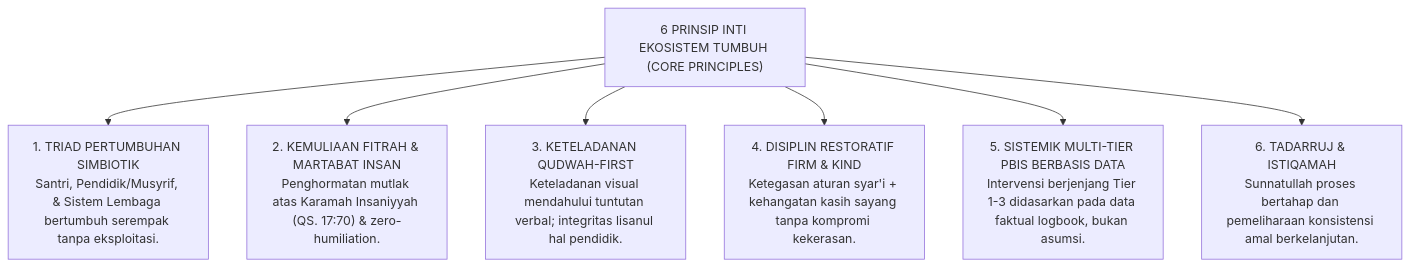
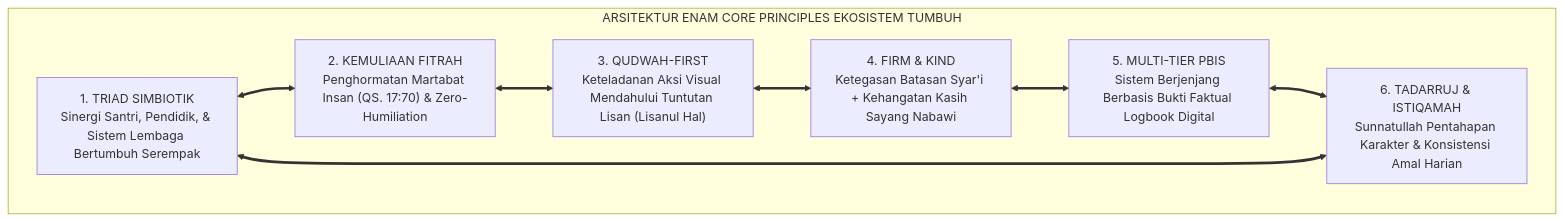
The first of 10 diagrams in 02 Principles/01 Core Principles/P2-01-07-Sintesis-Core-Principles-TUMBUH.md (wandiapriliyandi/tumbuh), drawn with Mermaid before and after one commit. The commit also changed other lines of this file and 9 other files, not shown here.

Commit message:
feat(principles): standarisasi 100% monograf terpadu Sub-Domain 01 Core Principles dan Piagam Konstitusi Nilai TUMBUH

````diff
--- a/02 Principles/01 Core Principles/P2-01-07-Sintesis-Core-Principles-TUMBUH.md
+++ b/02 Principles/01 Core Principles/P2-01-07-Sintesis-Core-Principles-TUMBUH.md
@@ -23,11 +60,18 @@
 ```mermaid
-graph TD
-    CorePrinciples["6 PRINSIP INTI EKOSISTEM TUMBUH (CORE PRINCIPLES)"]
-    
-    CorePrinciples --> P1["1. TRIAD PERTUMBUHAN SIMBIOTIK<br/>Santri, Pendidik/Musyrif, & Sistem Lembaga bertumbuh serempak tanpa eksploitasi."]
-    CorePrinciples --> P2["2. KEMULIAAN FITRAH & MARTABAT INSAN<br/>Penghormatan mutlak atas Karamah Insaniyyah (QS. 17:70) & zero-humiliation."]
-    CorePrinciples --> P3["3. KETELADANAN QUDWAH-FIRST<br/>Keteladanan visual mendahului tuntutan verbal; integritas lisanul hal pendidik."]
-    CorePrinciples --> P4["4. DISIPLIN RESTORATIF FIRM & KIND<br/>Ketegasan aturan syar'i + kehangatan kasih sayang tanpa kompromi kekerasan."]
-    CorePrinciples --> P5["5. SISTEMIK MULTI-TIER PBIS BERBASIS DATA<br/>Intervensi berjenjang Tier 1-3 didasarkan pada data faktual logbook, bukan asumsi."]
-    CorePrinciples --> P6["6. TADARRUJ & ISTIQAMAH<br/>Sunnatullah proses bertahap dan pemeliharaan konsistensi amal berkelanjutan."]
+flowchart TD
+    subgraph ArsitekturEnamPrinsipInti["ARSITEKTUR ENAM CORE PRINCIPLES EKOSISTEM TUMBUH"]
+        P1["1. TRIAD SIMBIOTIK<br/>Sinergi Santri, Pendidik, & Sistem Lembaga Bertumbuh Serempak"]
+        P2["2. KEMULIAAN FITRAH<br/>Penghormatan Martabat Insan (QS. 17:70) & Zero-Humiliation"]
+        P3["3. QUDWAH-FIRST<br/>Keteladanan Aksi Visual Mendahului Tuntutan Lisan (Lisanul Hal)"]
+        P4["4. FIRM & KIND<br/>Ketegasan Batasan Syar'i + Kehangatan Kasih Sayang Nabawi"]
+        P5["5. MULTI-TIER PBIS<br/>Sistem Berjenjang Berbasis Bukti Faktual Logbook Digital"]
+        P6["6. TADARRUJ & ISTIQAMAH<br/>Sunnatullah Pentahapan Karakter & Konsistensi Amal Harian"]
+        
+        P1 <==> P2
+        P2 <==> P3
+        P3 <==> P4
+        P4 <==> P5
+        P5 <==> P6
+        P6 <==> P1
+    end
 ```
````
